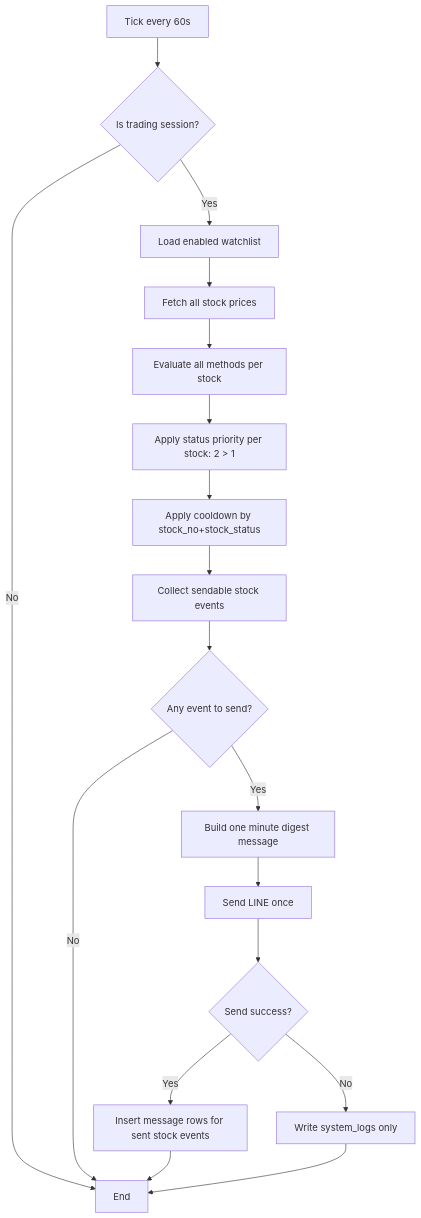
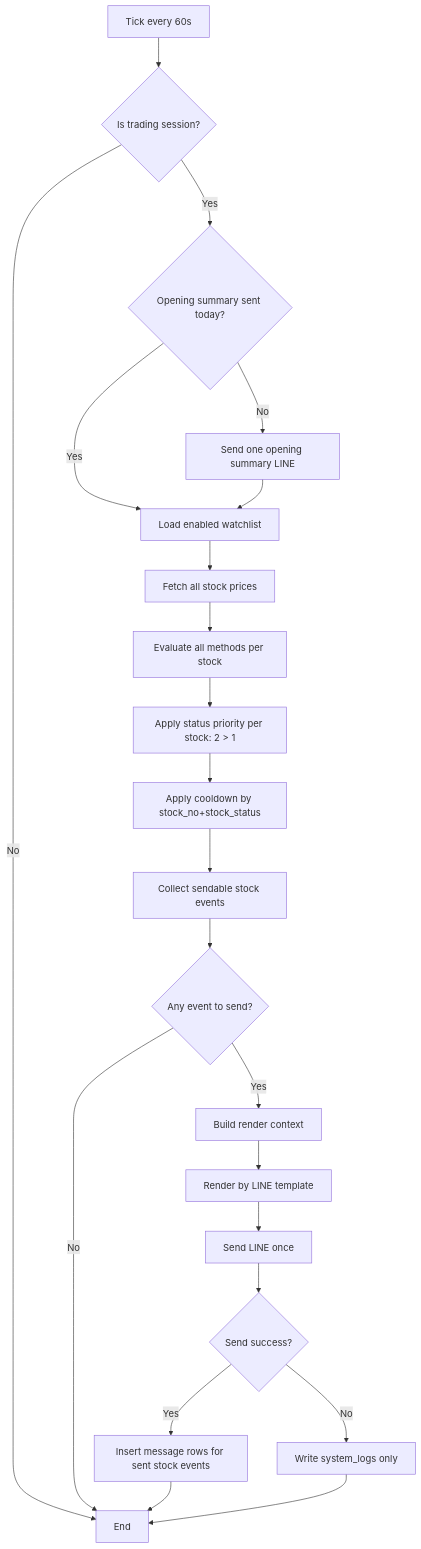
Before and after one commit to ibalasite/stock_monitor: the second of 3 diagrams in EDD_Stock_Monitoring_System.md, drawn with Mermaid. The commit also changed other lines of this file and 38 other files, not shown here.

First line of the commit message:
feat: FR-14 template rendering + UAT-014 green; add all-scenarios LINE smoke script

````diff
--- a/EDD_Stock_Monitoring_System.md
+++ b/EDD_Stock_Monitoring_System.md
@@ -107,20 +150,24 @@
 ```mermaid
 flowchart TD
     T[Tick every 60s] --> S{Is trading session?}
     S -- No --> E[End]
-    S -- Yes --> W[Load enabled watchlist]
+    S -- Yes --> O{Opening summary sent today?}
+    O -- No --> OS[Send one opening summary LINE]
+    O -- Yes --> W[Load enabled watchlist]
+    OS --> W
     W --> Q[Fetch all stock prices]
     Q --> X[Evaluate all methods per stock]
     X --> P1[Apply status priority per stock: 2 > 1]
     P1 --> C1[Apply cooldown by stock_no+stock_status]
     C1 --> G[Collect sendable stock events]
     G --> H{Any event to send?}
     H -- No --> E
-    H -- Yes --> M[Build one minute digest message]
-    M --> L[Send LINE once]
+    H -- Yes --> M[Build render context]
+    M --> RND[Render by LINE template]
+    RND --> L[Send LINE once]
     L --> R{Send success?}
     R -- Yes --> DB[Insert message rows for sent stock events]
     R -- No --> LOG[Write system_logs only]
     DB --> E
     LOG --> E
 ```
````
